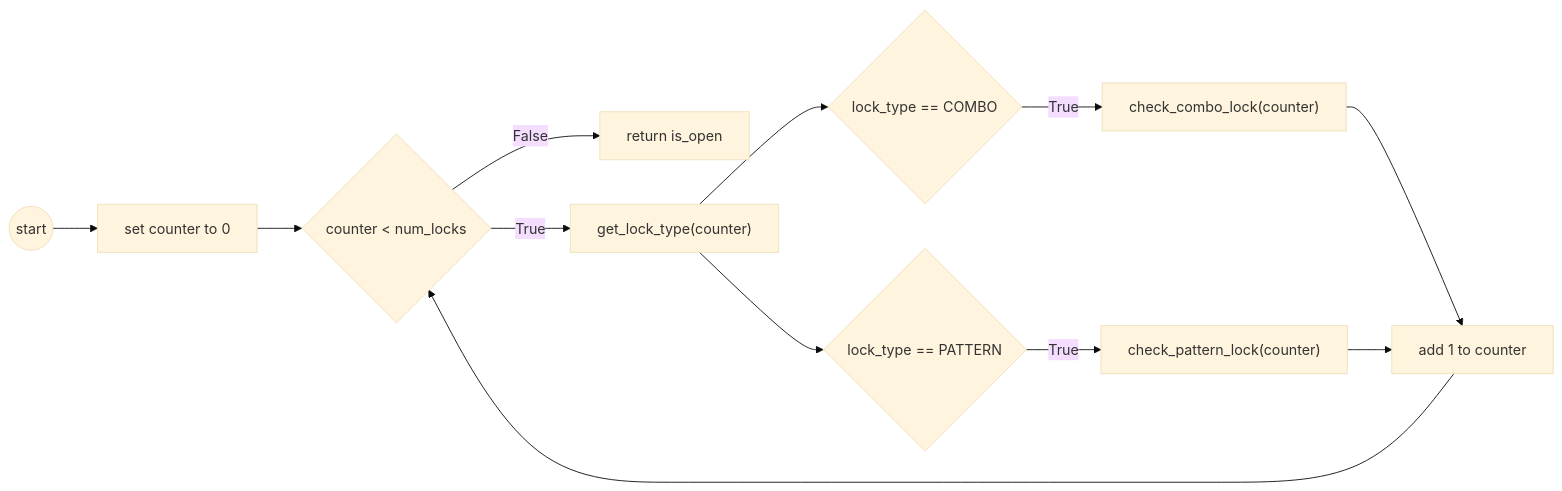
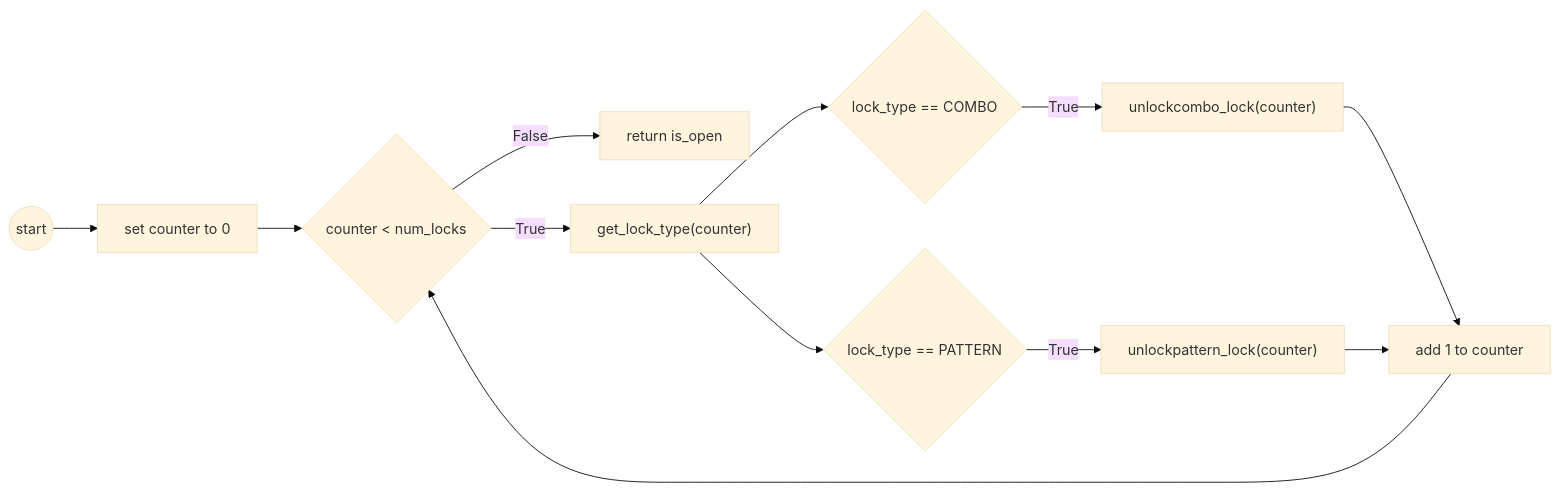
The diagram in instructions/README.md (CS5001-khoury/JailBreak), drawn with Mermaid (base theme) before and after one commit. The commit also changed other lines of this file and 2 other files, not shown here.

Commit message:
updated name from check_ to unlock_

````diff
--- a/instructions/README.md
+++ b/instructions/README.md
@@ -41,14 +41,14 @@
 ```mermaid
 graph LR
     s((start)) --> set["set counter to 0"]
     set --> check{"counter < num_locks"}
     check -- "False" --> is_open[return is_open]
     check -- "True" --> lt["get_lock_type(counter)"]
     lt --> combo{"lock_type == COMBO"}
     lt --> pattern{"lock_type == PATTERN"}
-    combo -- True -->  check_c["check_combo_lock(counter)"]
-    pattern -- True --> pattern_c["check_pattern_lock(counter)"]
+    combo -- True -->  check_c["unlockcombo_lock(counter)"]
+    pattern -- True --> pattern_c["unlockpattern_lock(counter)"]
     check_c --> T["add 1 to counter"]
     pattern_c -->T
     T --> check
 ```
````
